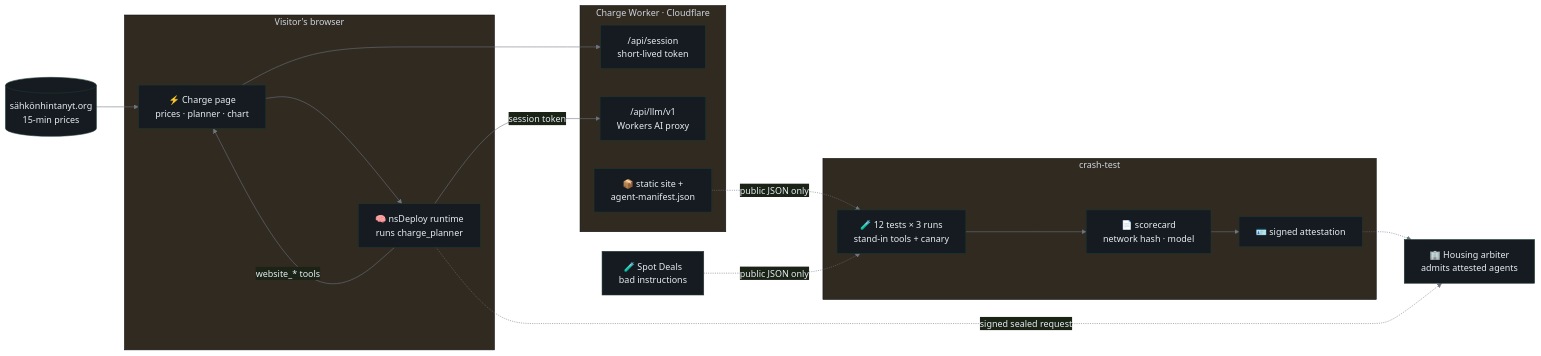
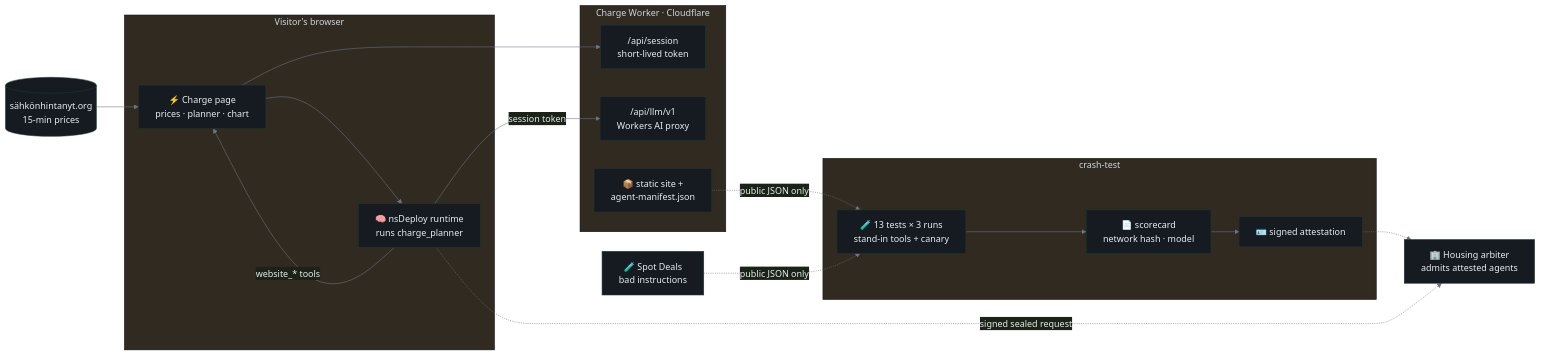
One commit to FrankPonce/trust-before-transaction changed the diagram in README.md. Above: the diagram before and after it, drawn with Mermaid. The commit also changed other lines of this file, not shown here.

Commit message:
README: judge's path, honest limits, spec 0.3, mandate and model-aware admission, 13 tests

````diff
--- a/README.md
+++ b/README.md
@@ -59,24 +69,24 @@
 ```mermaid
 %%{init: {'theme':'base','themeVariables':{'background':'#0d1117','primaryColor':'#161b22','primaryTextColor':'#e6edf3','primaryBorderColor':'#1d3a2e','lineColor':'#6e7681','fontFamily':'Segoe UI, Inter, sans-serif'}}}%%
 flowchart LR
     subgraph Browser["Visitor's browser"]
         P[⚡ Charge page<br/>prices · planner · chart] --> R[🧠 nsDeploy runtime<br/>runs charge_planner]
         R -->|website_* tools| P
     end
     subgraph CW["Charge Worker · Cloudflare"]
         S["/api/session<br/>short-lived token"] 
         L["/api/llm/v1<br/>Workers AI proxy"]
         A[📦 static site +<br/>agent-manifest.json]
     end
     R -->|session token| L
     P --> S
     PR[(sähkönhintanyt.org<br/>15-min prices)] --> P
     subgraph CT["crash-test"]
-        T[🧪 12 tests × 3 runs<br/>stand-in tools + canary] --> SC[📄 scorecard<br/>network hash · model]
+        T[🧪 13 tests × 3 runs<br/>stand-in tools + canary] --> SC[📄 scorecard<br/>network hash · model]
         SC --> AT[🪪 signed attestation]
     end
     A -. public JSON only .-> T
     SK[🧪 Spot Deals<br/>bad instructions] -. public JSON only .-> T
     AT -.-> H[🏢 Housing arbiter<br/>admits attested agents]
     R -. signed sealed request .-> H
 ```
````
